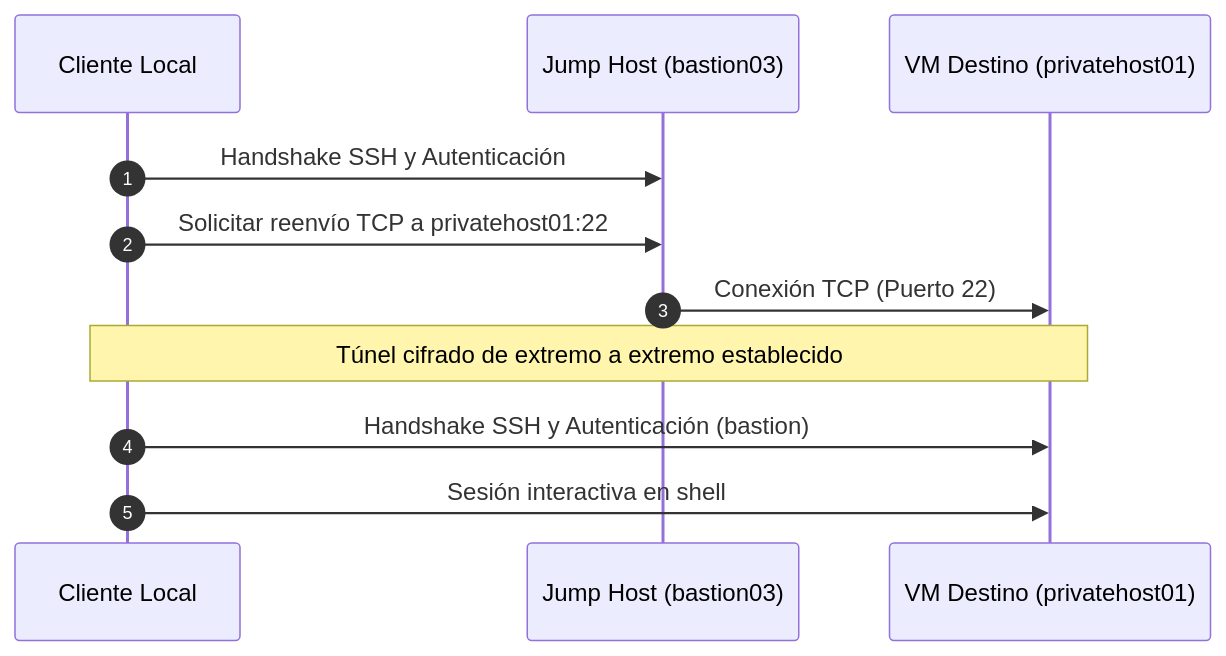
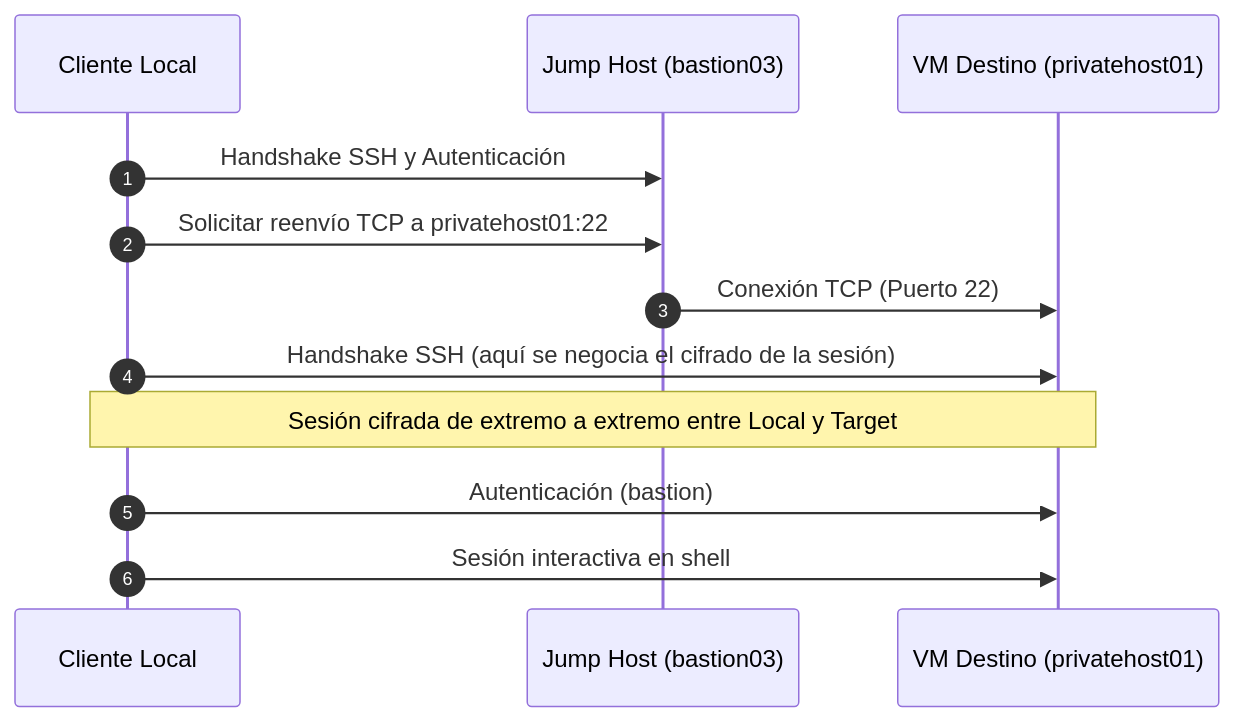
Before and after one commit to jose-oc/joseoc-dev: the second of 2 diagrams in src/content/es/how-to/ssh-jump-host.md, drawn with Mermaid. The commit also changed other lines of this file and 1 other file, not shown here.

First line of the commit message:
Corrige la guía de SSH jump host según la revisión técnica

````diff
--- a/src/content/es/how-to/ssh-jump-host.md
+++ b/src/content/es/how-to/ssh-jump-host.md
@@ -124,14 +75,15 @@
 ```mermaid
 sequenceDiagram
     autonumber
     participant Local as Cliente Local
     participant Jump as Jump Host (bastion03)
     participant Target as VM Destino (privatehost01)
 
     Local->>Jump: Handshake SSH y Autenticación
     Local->>Jump: Solicitar reenvío TCP a privatehost01:22
     Jump->>Target: Conexión TCP (Puerto 22)
-    Note over Local,Target: Túnel cifrado de extremo a extremo establecido
-    Local->>Target: Handshake SSH y Autenticación (bastion)
+    Local->>Target: Handshake SSH (aquí se negocia el cifrado de la sesión)
+    Note over Local,Target: Sesión cifrada de extremo a extremo entre Local y Target
+    Local->>Target: Autenticación (bastion)
     Local->>Target: Sesión interactiva en shell
 ```
````
